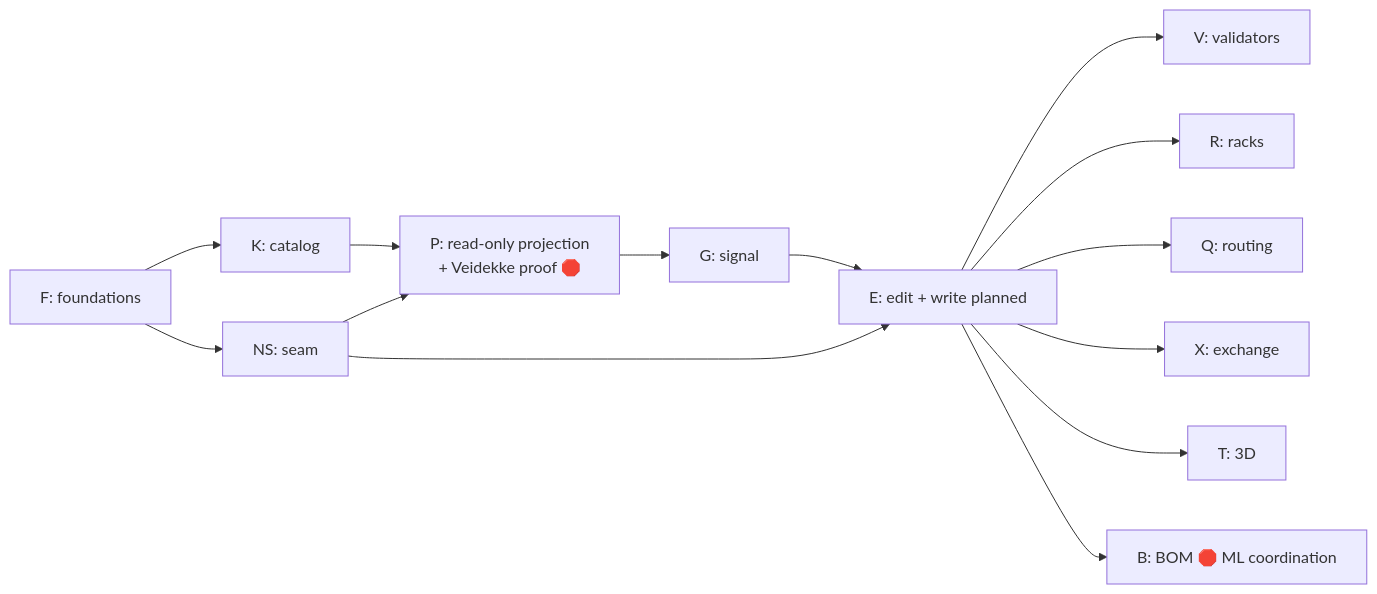
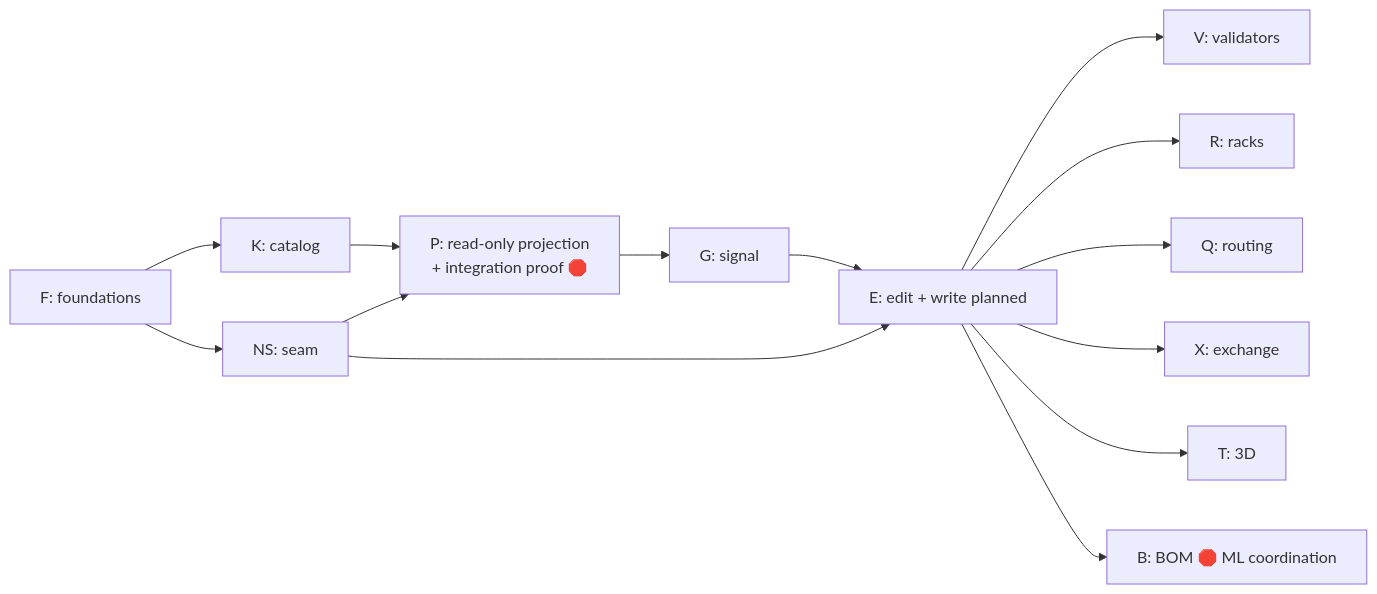
The diagram in docs/development_plan.md (sindrehaugen/Copper), drawn with Mermaid before and after one commit. The commit also changed other lines of this file and 3 other files, not shown here.

````diff
--- a/docs/development_plan.md
+++ b/docs/development_plan.md
@@ -45,10 +45,10 @@
 ```mermaid
 flowchart LR
   F[F: foundations] --> K[K: catalog] --> P
-  F --> NS[NS: seam] --> P[P: read-only projection<br/>+ Veidekke proof 🛑]
+  F --> NS[NS: seam] --> P[P: read-only projection<br/>+ integration proof 🛑]
   P --> G[G: signal] --> E[E: edit + write planned]
   NS --> E
   E --> V[V: validators] & R[R: racks] & Q[Q: routing]
   E --> X[X: exchange] & T[T: 3D]
   E --> BOM[B: BOM 🛑 ML coordination]
 ```
````
